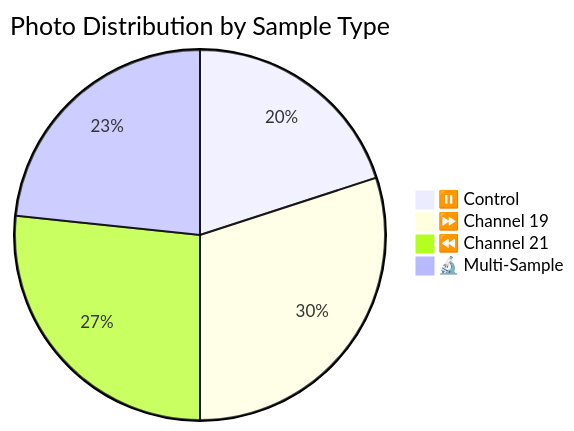
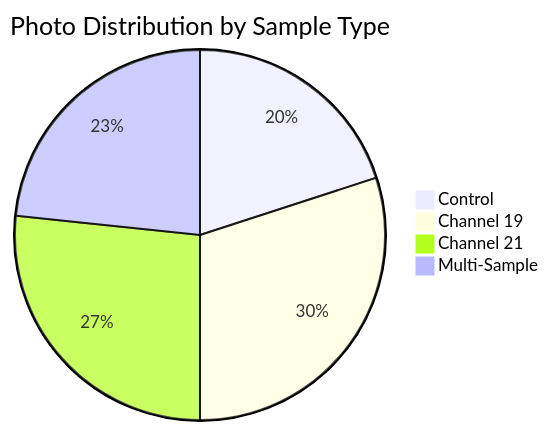
The first of 2 diagrams in original_research/data/patient-07/photos/README.md (AdvancedScientificResearchProjects/Hyperbolic_Field_BloodPlasma_Study), drawn with Mermaid before and after one commit. The commit also changed other lines of this file and 46 other files, not shown here.

````diff
--- a/original_research/data/patient-07/photos/README.md
+++ b/original_research/data/patient-07/photos/README.md
@@ -15,7 +15,7 @@
 ```mermaid
 pie title Photo Distribution by Sample Type
-    "⏸️ Control" : 6
-    "⏩ Channel 19" : 9
-    "⏪ Channel 21" : 8
-    "🔬 Multi-Sample" : 7
+    " Control" : 6
+    " Channel 19" : 9
+    " Channel 21" : 8
+    " Multi-Sample" : 7
 ```
````
